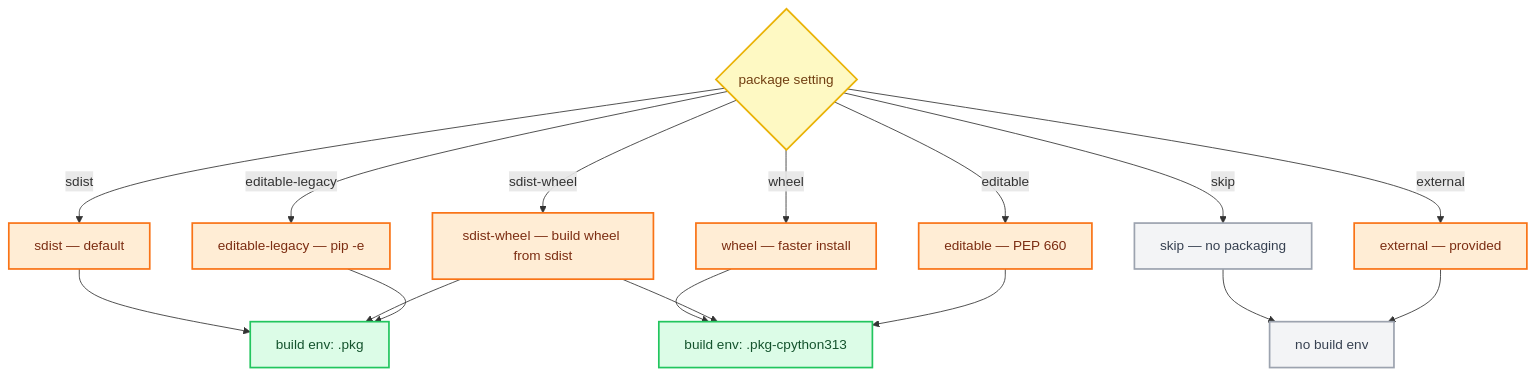
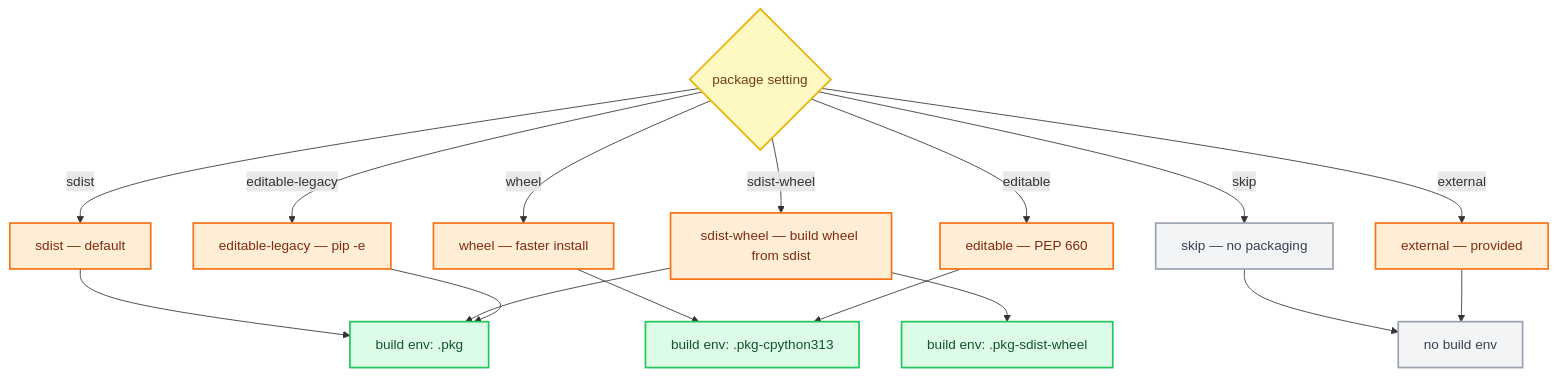
The second of 3 diagrams in docs/explanation.rst (tox-dev/tox), drawn with Mermaid before and after one commit. The commit also changed other lines of this file and 1 other file, not shown here.

```diff
--- a/docs/explanation.rst
+++ b/docs/explanation.rst
@@ -200,30 +200,30 @@
 .. mermaid::
 
     flowchart TD
         pkg{package setting}
         pkg -- sdist --> sdist[sdist — default]
         pkg -- wheel --> wheel[wheel — faster install]
         pkg -- sdist-wheel --> sdistwheel[sdist-wheel — build wheel from sdist]
         pkg -- editable --> editable[editable — PEP 660]
         pkg -- editable-legacy --> legacy[editable-legacy — pip -e]
         pkg -- skip --> skip[skip — no packaging]
         pkg -- external --> external[external — provided]
 
         sdist --> env_pkg[build env: .pkg]
         wheel --> env_wheel[build env: .pkg-cpython313]
-        sdistwheel --> env_pkg
-        sdistwheel --> env_wheel
+        sdistwheel --> env_pkg[build env: .pkg]
+        sdistwheel --> env_sdistwheel[build env: .pkg-sdist-wheel]
         editable --> env_wheel
         legacy --> env_pkg
         skip --> no_env[no build env]
         external --> no_env
 
         classDef decisionStyle fill:#fef9c3,stroke:#eab308,stroke-width:2px,color:#713f12
         classDef pkgStyle fill:#ffedd5,stroke:#f97316,stroke-width:2px,color:#7c2d12
         classDef envStyle fill:#dcfce7,stroke:#22c55e,stroke-width:2px,color:#14532d
         classDef skipStyle fill:#f3f4f6,stroke:#9ca3af,stroke-width:2px,color:#374151
 
         class pkg decisionStyle
         class sdist,wheel,sdistwheel,editable,legacy,external pkgStyle
-        class env_pkg,env_wheel envStyle
+        class env_pkg,env_wheel,env_sdistwheel envStyle
         class skip,no_env skipStyle
```
